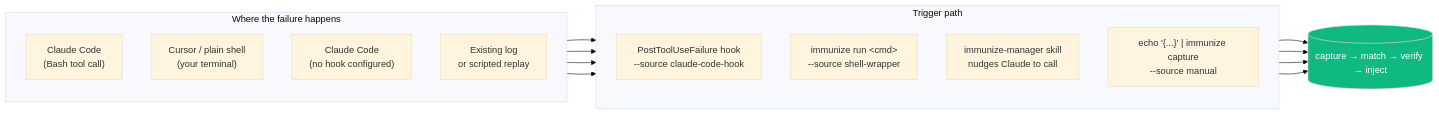
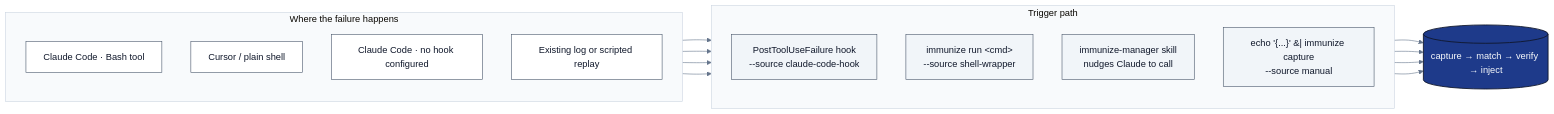
The fifth of 14 diagrams in README.md (viditkbhatnagar/immunize), drawn with Mermaid before and after one commit. The commit also changed other lines of this file, not shown here.

First line of the commit message:
Redesign README mermaid diagrams with corporate styling

````diff
--- a/README.md
+++ b/README.md
@@ -248,27 +270,33 @@
 ```mermaid
-%%{init: {'theme':'base'}}%%
+%%{init: {'theme':'base', 'themeVariables': {'fontFamily':'Inter, system-ui, -apple-system, sans-serif', 'primaryTextColor':'#0f172a', 'lineColor':'#64748b'}}}%%
 flowchart LR
+    classDef src fill:#ffffff,stroke:#475569,stroke-width:1px,color:#0f172a
+    classDef trg fill:#f1f5f9,stroke:#475569,stroke-width:1px,color:#0f172a
+    classDef eng fill:#1e3a8a,stroke:#0f172a,stroke-width:1.5px,color:#f8fafc
+
     subgraph In["Where the failure happens"]
         direction TB
-        F1["Claude Code<br/>(Bash tool call)"]
-        F2["Cursor / plain shell<br/>(your terminal)"]
-        F3["Claude Code<br/>(no hook configured)"]
-        F4["Existing log<br/>or scripted replay"]
+        F1["Claude Code · Bash tool"]:::src
+        F2["Cursor / plain shell"]:::src
+        F3["Claude Code · no hook configured"]:::src
+        F4["Existing log or scripted replay"]:::src
     end
 
     subgraph Triggers["Trigger path"]
         direction TB
-        T1["PostToolUseFailure hook<br/>--source claude-code-hook"]
-        T2["immunize run &lt;cmd&gt;<br/>--source shell-wrapper"]
-        T3["immunize-manager skill<br/>nudges Claude to call"]
-        T4["echo '{...}' | immunize capture<br/>--source manual"]
+        T1["PostToolUseFailure hook<br/>--source claude-code-hook"]:::trg
+        T2["immunize run &lt;cmd&gt;<br/>--source shell-wrapper"]:::trg
+        T3["immunize-manager skill<br/>nudges Claude to call"]:::trg
+        T4["echo '{...}' &#124; immunize capture<br/>--source manual"]:::trg
     end
 
     F1 --> T1
     F2 --> T2
     F3 --> T3
     F4 --> T4
 
-    T1 & T2 & T3 & T4 --> ENGINE[("capture → match → verify → inject")]
-    style ENGINE fill:#10b981,color:#fff
+    T1 & T2 & T3 & T4 --> ENGINE[("capture → match → verify → inject")]:::eng
+
+    style In fill:#f8fafc,stroke:#cbd5e1
+    style Triggers fill:#f8fafc,stroke:#cbd5e1
 ```
````
